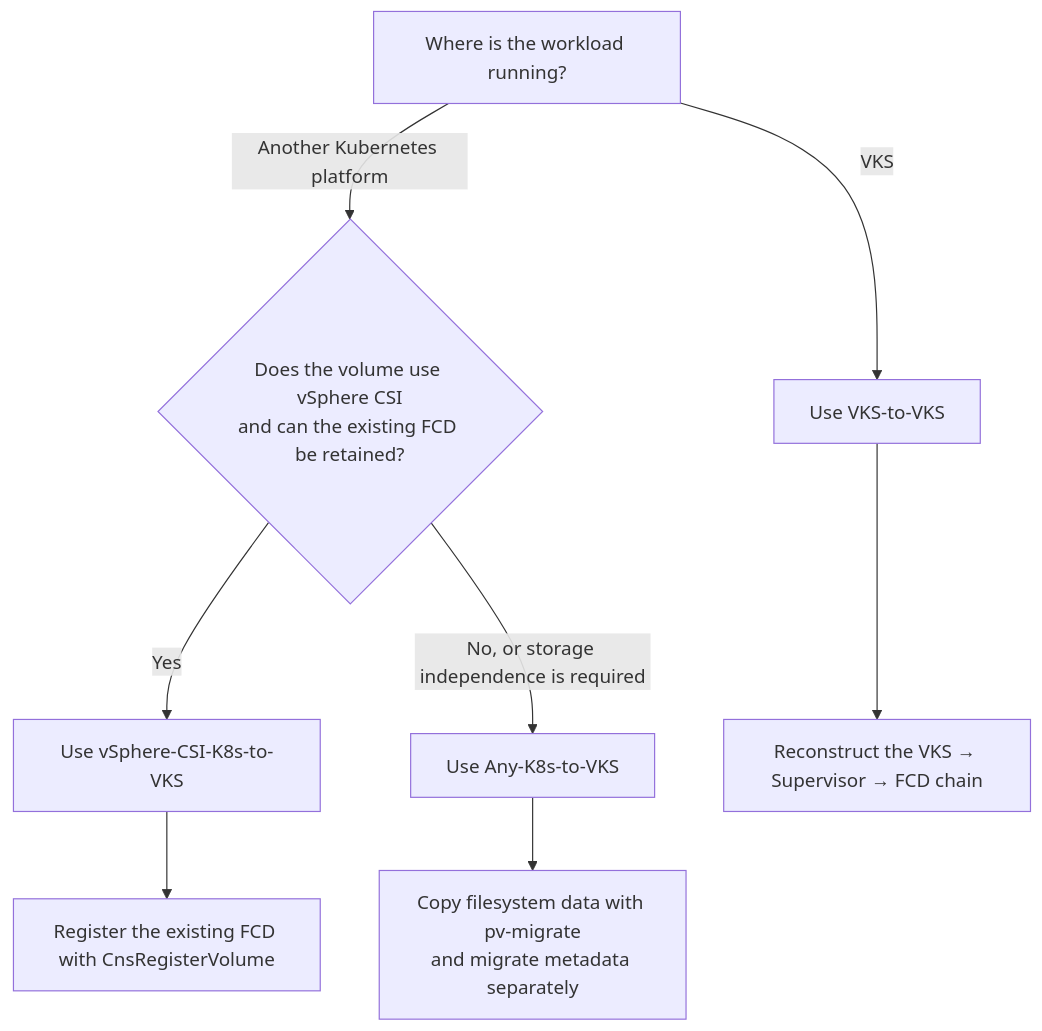
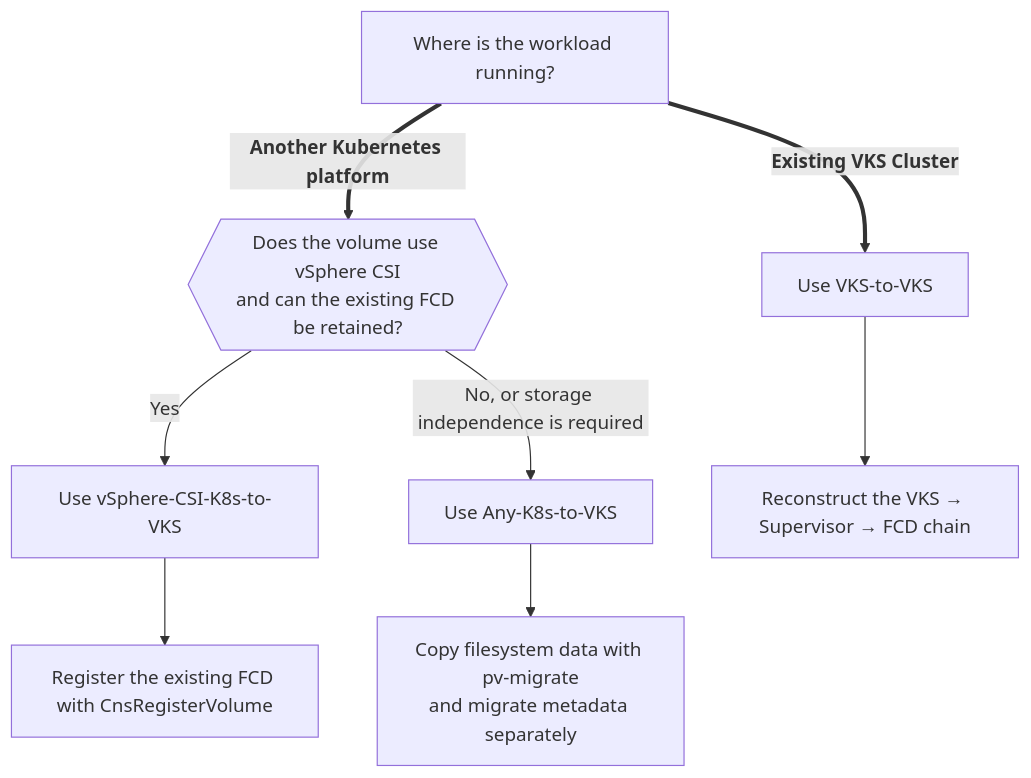
Before and after one commit to vmware/vks-validated-solutions: the first of 4 diagrams in VKS-Migrations/README.md, drawn with Mermaid.

````diff
--- a/VKS-Migrations/README.md
+++ b/VKS-Migrations/README.md
@@ -20,11 +20,11 @@
 ```mermaid
 flowchart TD
     START["Where is the workload running?"]
-    START -->|"VKS"| VKS["Use VKS-to-VKS"]
-    START -->|"Another Kubernetes platform"| CSI{"Does the volume use vSphere CSI<br/>and can the existing FCD be retained?"}
+    START =="`**Existing VKS Cluster**`"==> VKS["Use VKS-to-VKS"]
+    START ==>|"`**Another Kubernetes platform**`"| CSI{{"Does the volume use vSphere CSI<br/>and can the existing FCD be retained?"}}
     CSI -->|"Yes"| CAPTURE["Use vSphere-CSI-K8s-to-VKS"]
     CSI -->|"No, or storage independence is required"| COPY["Use Any-K8s-to-VKS"]
     VKS --> VKS_DETAIL["Reconstruct the VKS → Supervisor → FCD chain"]
     CAPTURE --> CAPTURE_DETAIL["Register the existing FCD with CnsRegisterVolume"]
     COPY --> COPY_DETAIL["Copy filesystem data with pv-migrate<br/>and migrate metadata separately"]
 ```
````
